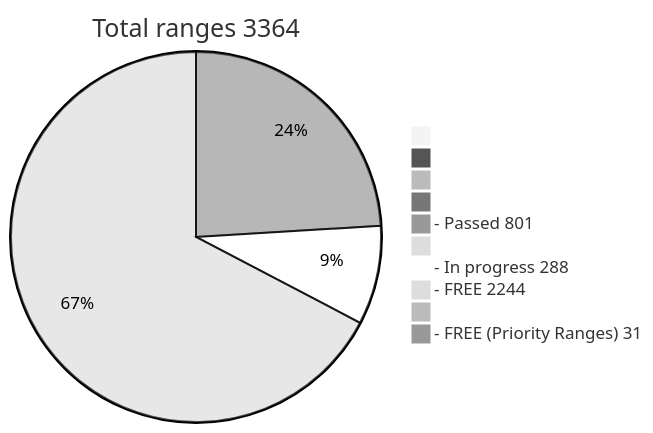
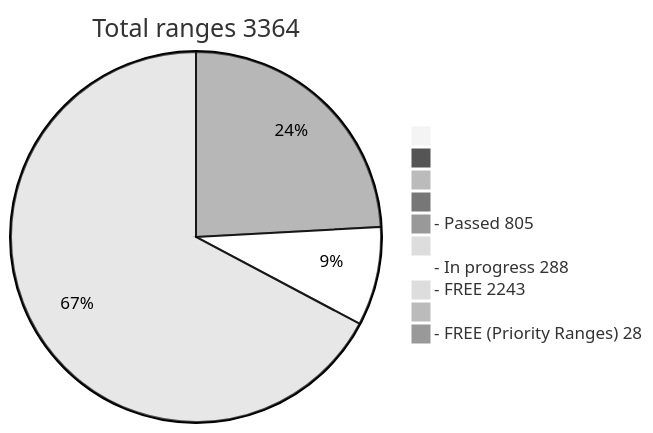
Before and after one commit to phrutis/wif500: the diagram in README.md, drawn with Mermaid (neutral theme).

````diff
--- a/README.md
+++ b/README.md
@@ -16,13 +16,13 @@
 ```mermaid
 pie title Total ranges 3364
              " " : 0
             "  " : 0
            "   " : 0
           "    " : 0
-  "- Passed 801" : 801
+  "- Passed 805" : 805
          "     " : 0
   "- In progress 288" : 288
-   "- FREE 2244" : 2244
+   "- FREE 2243" : 2243
         "      " : 0
-  "- FREE (Priority Ranges) 31" : 31
+  "- FREE (Priority Ranges) 28" : 28
 ```
````
